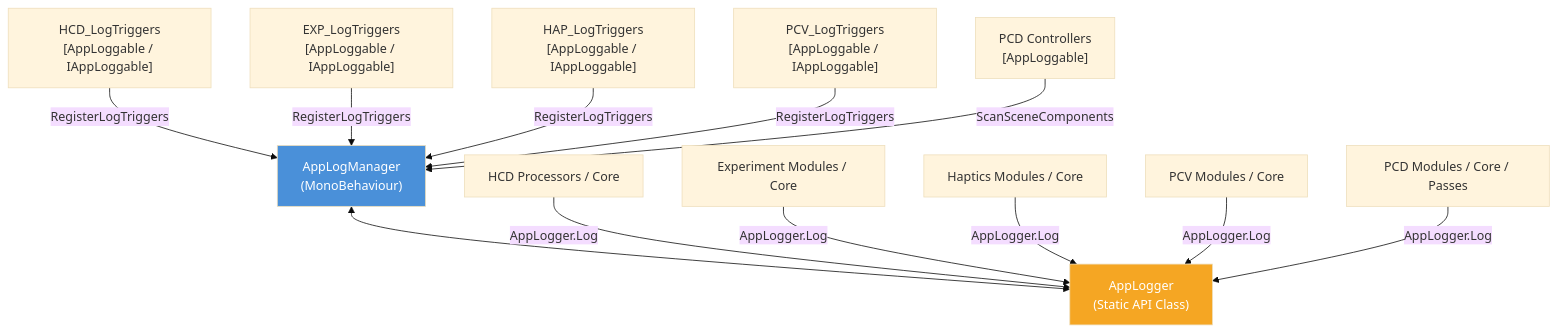
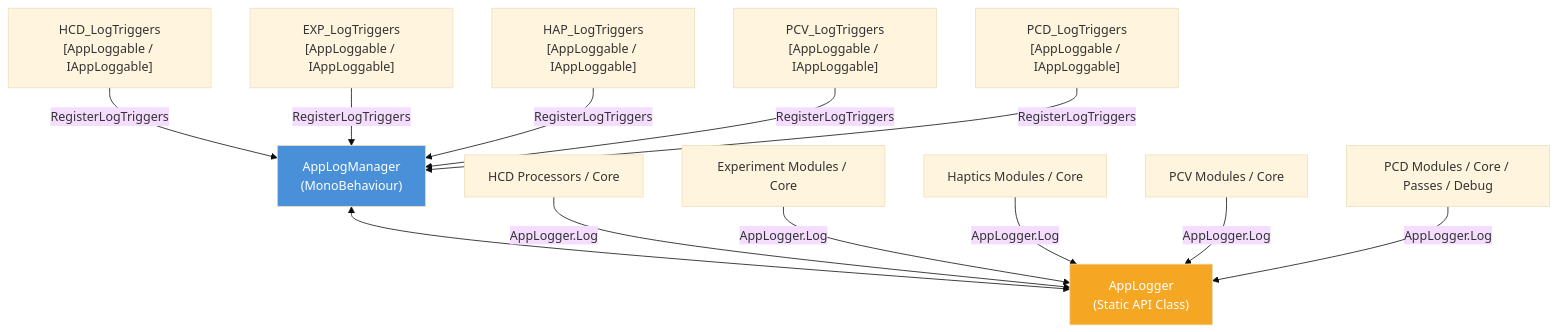
The diagram in Docs/Logging.md (kotetsuOU/HandTrakingDemo), drawn with Mermaid (base theme) before and after one commit. The commit also changed other lines of this file and 9 other files, not shown here.

````diff
--- a/Docs/Logging.md
+++ b/Docs/Logging.md
@@ -58,19 +61,19 @@
 ```mermaid
 graph TD
     AppLogManager["AppLogManager<br/>(MonoBehaviour)"] <--> AppLogger["AppLogger<br/>(Static API Class)"]
 
     LogTriggersHCD["HCD_LogTriggers<br/>[AppLoggable / IAppLoggable]"] --> |RegisterLogTriggers| AppLogManager
     LogTriggersEXP["EXP_LogTriggers<br/>[AppLoggable / IAppLoggable]"] --> |RegisterLogTriggers| AppLogManager
     LogTriggersHAP["HAP_LogTriggers<br/>[AppLoggable / IAppLoggable]"] --> |RegisterLogTriggers| AppLogManager
     LogTriggersPCV["PCV_LogTriggers<br/>[AppLoggable / IAppLoggable]"] --> |RegisterLogTriggers| AppLogManager
-    PCDControllers["PCD Controllers<br/>[AppLoggable]"] --> |ScanSceneComponents| AppLogManager
+    LogTriggersPCD["PCD_LogTriggers<br/>[AppLoggable / IAppLoggable]"] --> |RegisterLogTriggers| AppLogManager
 
     Processors["HCD Processors / Core"] --> |AppLogger.Log| AppLogger
     EXPModules["Experiment Modules / Core"] --> |AppLogger.Log| AppLogger
     HAPModules["Haptics Modules / Core"] --> |AppLogger.Log| AppLogger
     PCVModules["PCV Modules / Core"] --> |AppLogger.Log| AppLogger
-    PCDModules["PCD Modules / Core / Passes"] --> |AppLogger.Log| AppLogger
+    PCDModules["PCD Modules / Core / Passes / Debug"] --> |AppLogger.Log| AppLogger
 
     style AppLogManager fill:#4a90d9,color:#fff
     style AppLogger fill:#f5a623,color:#fff
 ```
````
